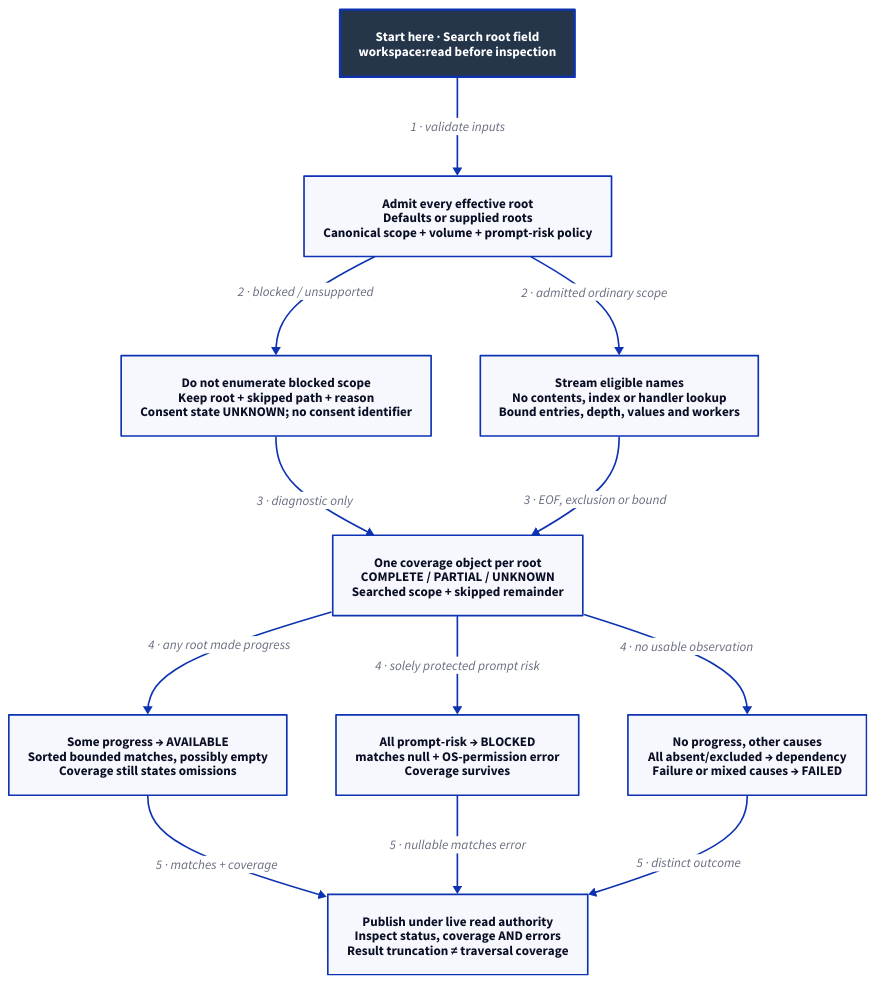
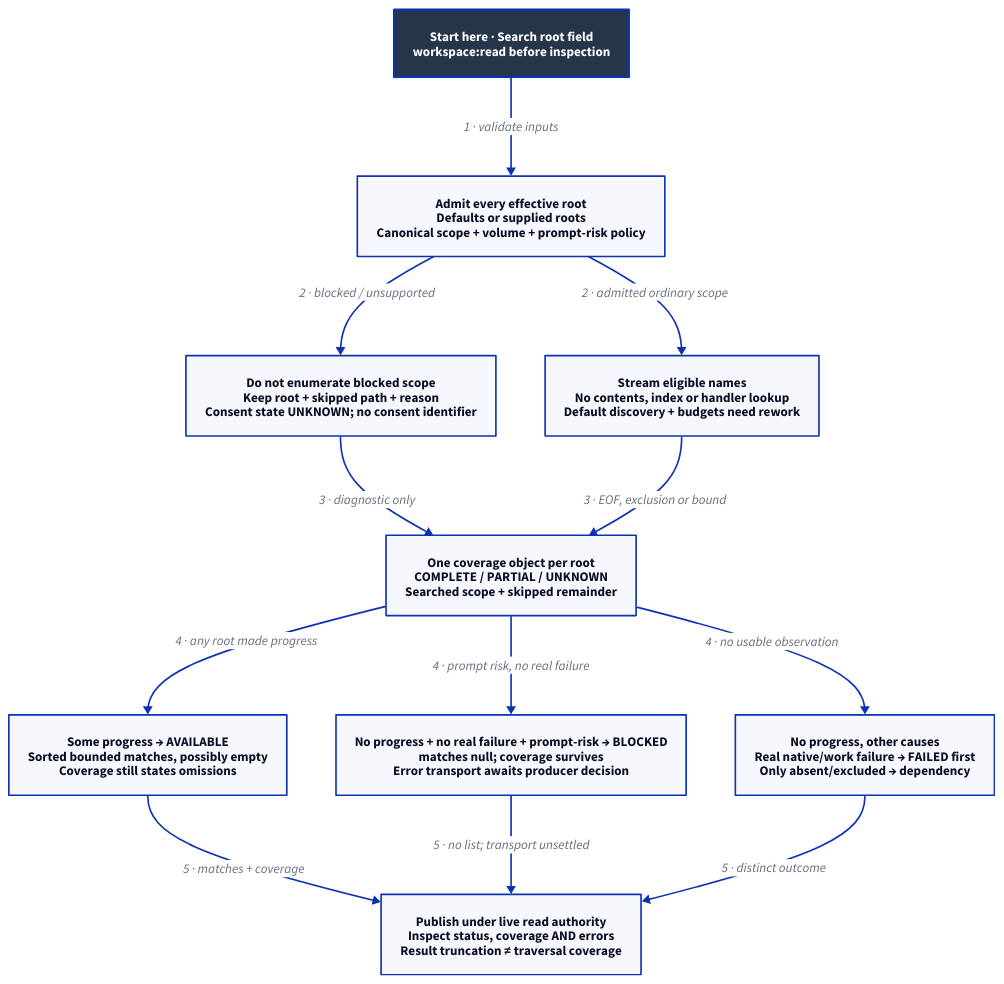
The diagram in docs/design/architecture/search-coverage.d2 (Linkuistics/Koine), drawn with D2 before and after one commit. The commit also changed 22 other files, not shown here.

Commit message:
app-and-file-search-k95: repair search contracts and externalize discovery and permission redesign

```diff
--- a/docs/design/architecture/search-coverage.d2
+++ b/docs/design/architecture/search-coverage.d2
@@ -1,25 +1,25 @@
-# Designed coverage/publication contract, not native acceptance.
+# Review repair: default discovery/budgets and BLOCKED transport need design.
 direction: down
 classes: {
   start: {style: {fill: "#25364B"; font-color: "#FFFFFF"; bold: true; stroke-width: 3}}
 }
 Start: "Start here · Search root field\nworkspace:read before inspection" {class: start}
 Admission: "Admit every effective root\nDefaults or supplied roots\nCanonical scope + volume + prompt-risk policy"
 Skip: "Do not enumerate blocked scope\nKeep root + skipped path + reason\nConsent state UNKNOWN; no consent identifier"
-Scan: "Stream eligible names\nNo contents, index or handler lookup\nBound entries, depth, values and workers"
+Scan: "Stream eligible names\nNo contents, index or handler lookup\nDefault discovery + budgets need rework"
 Coverage: "One coverage object per root\nCOMPLETE / PARTIAL / UNKNOWN\nSearched scope + skipped remainder"
 Available: "Some progress → AVAILABLE\nSorted bounded matches, possibly empty\nCoverage still states omissions"
-Blocked: "All prompt-risk → BLOCKED\nmatches null + OS-permission error\nCoverage survives"
-Other: "No progress, other causes\nAll absent/excluded → dependency\nFailure or mixed causes → FAILED"
+Blocked: "No progress + no real failure + prompt-risk → BLOCKED\nmatches null; coverage survives\nError transport awaits producer decision"
+Other: "No progress, other causes\nReal native/work failure → FAILED first\nOnly absent/excluded → dependency"
 Publish: "Publish under live read authority\nInspect status, coverage AND errors\nResult truncation ≠ traversal coverage"
 Start -> Admission: "1 · validate inputs"
 Admission -> Skip: "2 · blocked / unsupported"
 Admission -> Scan: "2 · admitted ordinary scope"
 Skip -> Coverage: "3 · diagnostic only"
 Scan -> Coverage: "3 · EOF, exclusion or bound"
 Coverage -> Available: "4 · any root made progress"
-Coverage -> Blocked: "4 · solely protected prompt risk"
+Coverage -> Blocked: "4 · prompt risk, no real failure"
 Coverage -> Other: "4 · no usable observation"
 Available -> Publish: "5 · matches + coverage"
-Blocked -> Publish: "5 · nullable matches error"
+Blocked -> Publish: "5 · no list; transport unsettled"
 Other -> Publish: "5 · distinct outcome"
```
